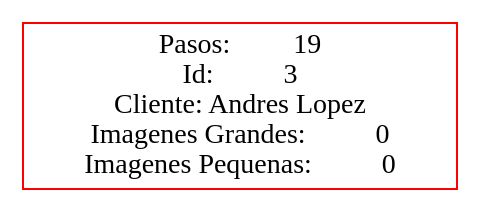
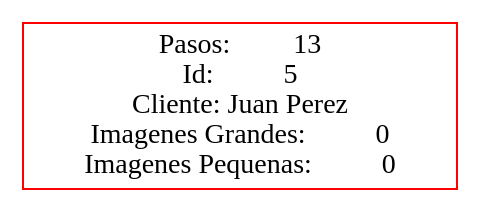
Before and after one commit to FranklinONP/EDD_PROYECTO_202200089: the diagram in Proyecto1/Proyecto1_202200089/Pruebas/PJ/especifico.dot, drawn with Graphviz. The commit also changed 10 other files, not shown here.

```diff
--- a/Proyecto1/Proyecto1_202200089/Pruebas/PJ/especifico.dot
+++ b/Proyecto1/Proyecto1_202200089/Pruebas/PJ/especifico.dot
@@ -1,4 +1,4 @@
  digraph G {
  rankdir=LR;
- node1 [label="Pasos:         19\nId:          3\nCliente: Andres Lopez\nImagenes Grandes:          0\nImagenes Pequenas:          0", color="red", shape="rectangle"];
+ node1 [label="Pasos:         13\nId:          5\nCliente: Juan Perez\nImagenes Grandes:          0\nImagenes Pequenas:          0", color="red", shape="rectangle"];
  }
```
